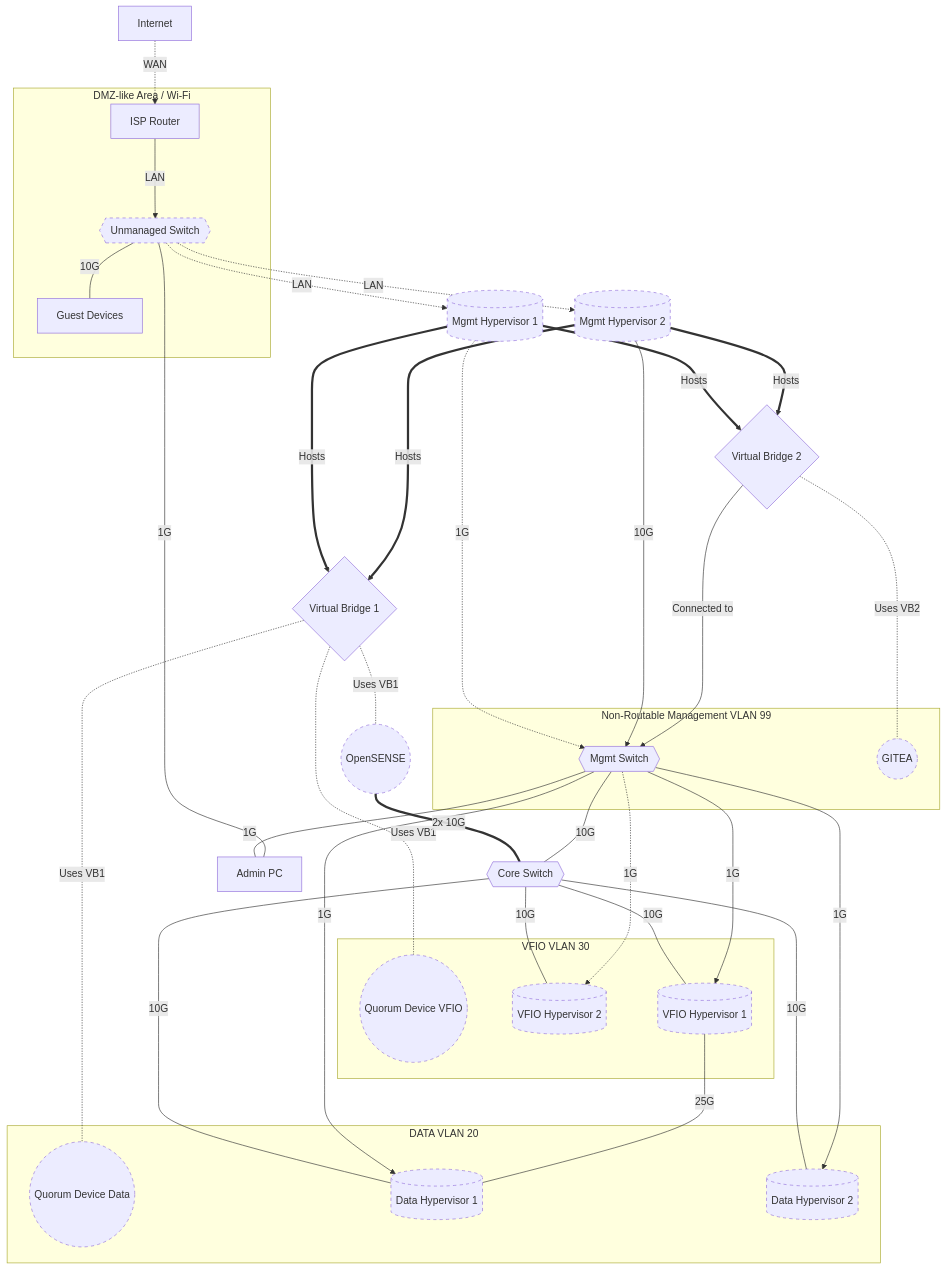
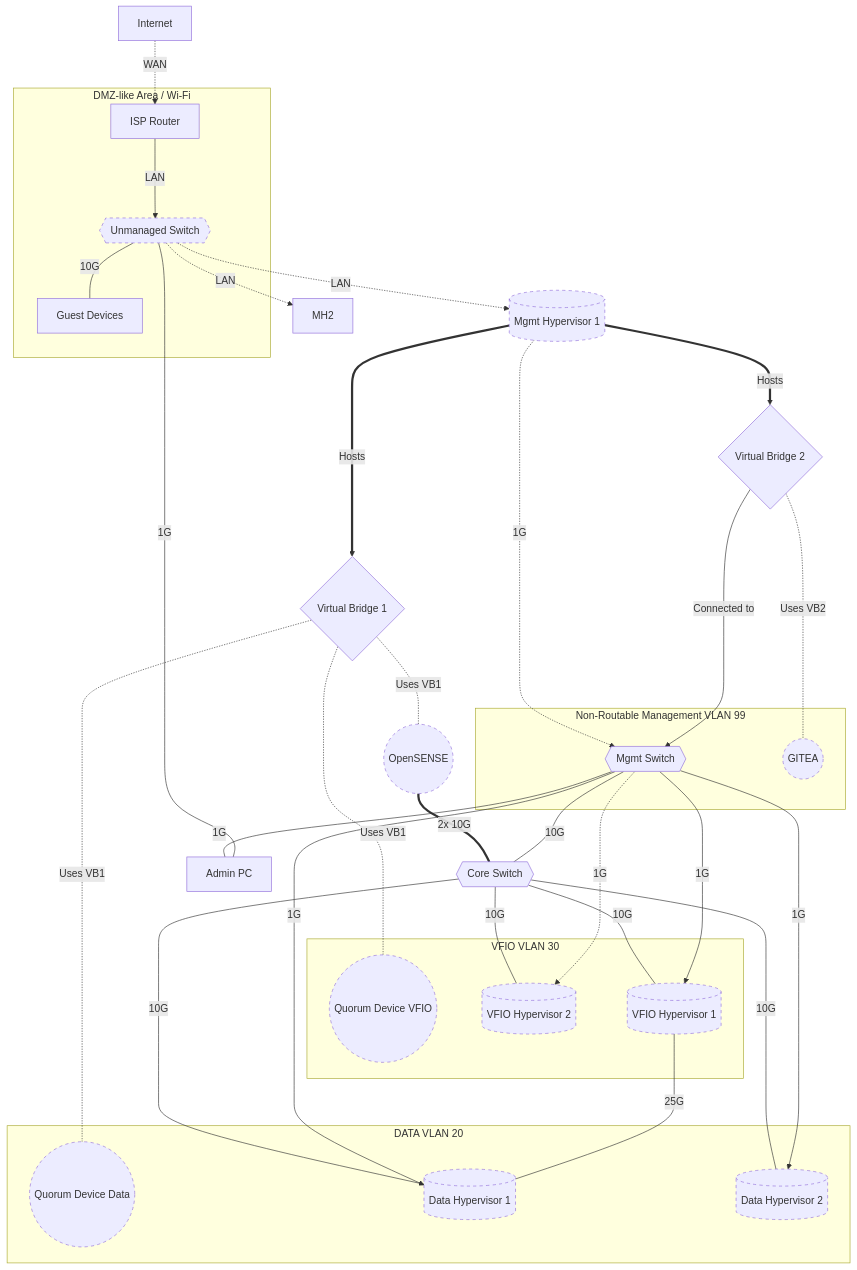
The diagram in alp/netop.md (woeiru/lab), drawn with Mermaid before and after one commit. The commit also changed 1 other file, not shown here.

Commit message:
standard

````diff
--- a/alp/netop.md
+++ b/alp/netop.md
@@ -3,53 +3,50 @@
 ```mermaid
 graph TD
     INT[Internet] -.-> |WAN| ISPR[ISP Router]
     ISPR ---> |LAN| US
     US{{Unmanaged Switch}} -.-> |LAN| MH1
     US -.-> |LAN| MH2
     VB1{Virtual Bridge 1} -.- |"Uses VB1"| QDV((Quorum Device VFIO))
     VB1 -.- |"Uses VB1"| QDD((Quorum Device Data))
     VB1 -.- |"Uses VB1"| OPN((OpenSENSE))
     OPN ===|"2x 10G"| CS{{Core Switch}}
     MH1[(Mgmt Hypervisor 1)] -.-> |"1G"| MS{{Mgmt Switch}}
-    MH2[(Mgmt Hypervisor 2)] ---> |"10G"| MS
     MS --- |"10G"| CS
     MS ---|"1G"| APC[Admin PC]
     APC ---|"1G"| US
     MH1 ==>|"Hosts"| VB1
-    MH2 ==>|"Hosts"| VB1
     MH1 ==>|"Hosts"| VB2{Virtual Bridge 2}
-    MH2 ==>|"Hosts"| VB2
     VB2 -.- |"Uses VB2"| GIT((GITEA))
     VB2 ---> |"Connected to"| MS
     CS ---|"10G"| VH2[(VFIO Hypervisor 2)]
     MS -.->|"1G"| VH2
     US ---|"10G"| GD[Guest Devices]
     CS ---|"10G"| VH1[(VFIO Hypervisor 1)]
     MS --->|"1G"| VH1
     CS ---|"10G"| DH1[(Data Hypervisor 1)]
     MS --->|"1G"| DH1
     CS ---|"10G"| DH2[(Data Hypervisor 2)]
     MS --->|"1G"| DH2
     VH1 ---|"25G"| DH1
     subgraph VLAN20 [DATA VLAN 20]
         DH1
         DH2
         QDD
     end
     subgraph VLAN30 [VFIO VLAN 30]
         VH1
         VH2
         QDV
     end
     subgraph VLAN99 [Non-Routable Management VLAN 99]
         MS
         GIT
     end
     subgraph DMZ [DMZ-like Area / Wi-Fi]
         ISPR
         GD
         US
     end
     classDef punctuated stroke-dasharray: 5 5;
-    class US,MH1,MH2,VH1,VH2,DH1,DH2,GIT,QDV,QDD,OPN punctuated;
+    class US,MH1,VH1,VH2,DH1,DH2,GIT,QDV,QDD,OPN punctuated;
 ```
````
